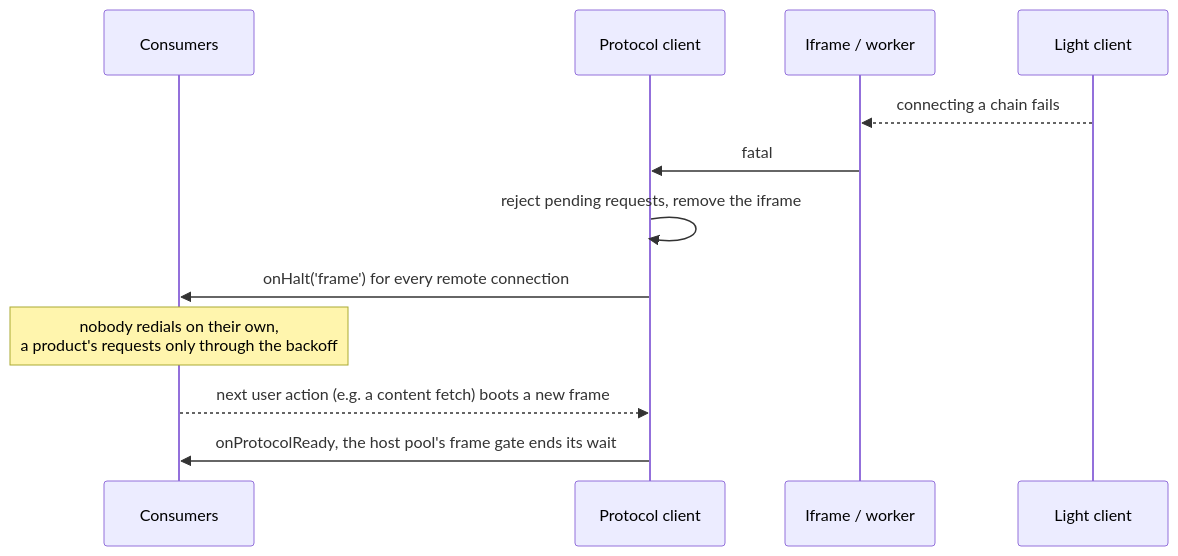
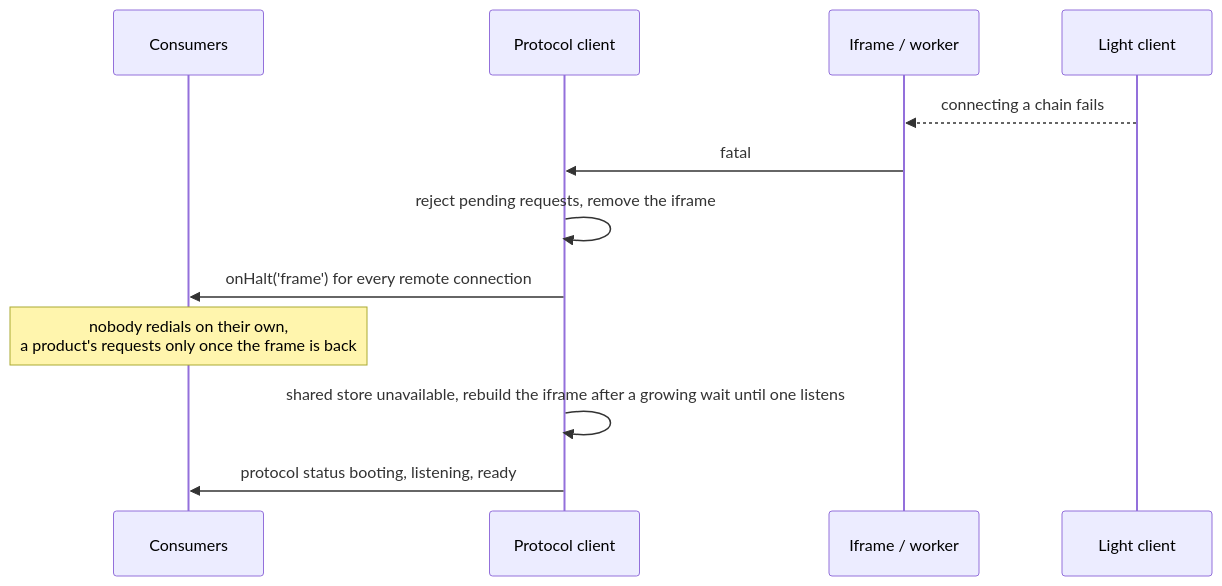
Before and after one commit to paritytech/dotli-community: the seventh of 7 diagrams in docs/chain-connections.md, drawn with Mermaid. The commit also changed other lines of this file and 1630 other files, not shown here.

First line of the commit message:
refactor: split dotli into layers and packages that each own one responsibility

````diff
--- a/docs/chain-connections.md
+++ b/docs/chain-connections.md
@@ -302,14 +307,14 @@
 ```mermaid
 sequenceDiagram
   participant Use as Consumers
   participant Cli as Protocol client
   participant Ctx as Iframe / worker
   participant LC as Light client
   LC-->>Ctx: connecting a chain fails
   Ctx->>Cli: fatal
   Cli->>Cli: reject pending requests, remove the iframe
   Cli->>Use: onHalt('frame') for every remote connection
-  Note over Use: nobody redials on their own,<br/>a product's requests only through the backoff
-  Use-->>Cli: next user action (e.g. a content fetch) boots a new frame
-  Cli->>Use: onProtocolReady, the host pool's frame gate ends its wait
+  Note over Use: nobody redials on their own,<br/>a product's requests only once the frame is back
+  Cli->>Cli: shared store unavailable, rebuild the iframe after a growing wait until one listens
+  Cli->>Use: protocol status booting, listening, ready
 ```
````
